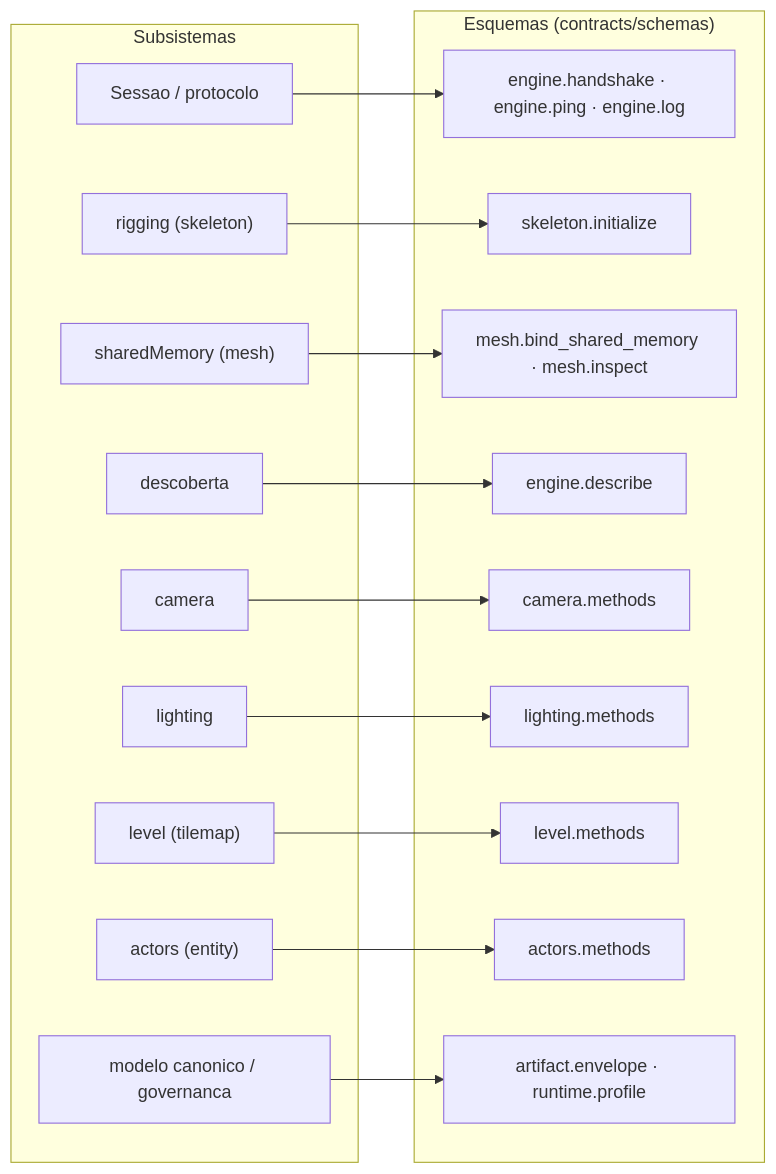
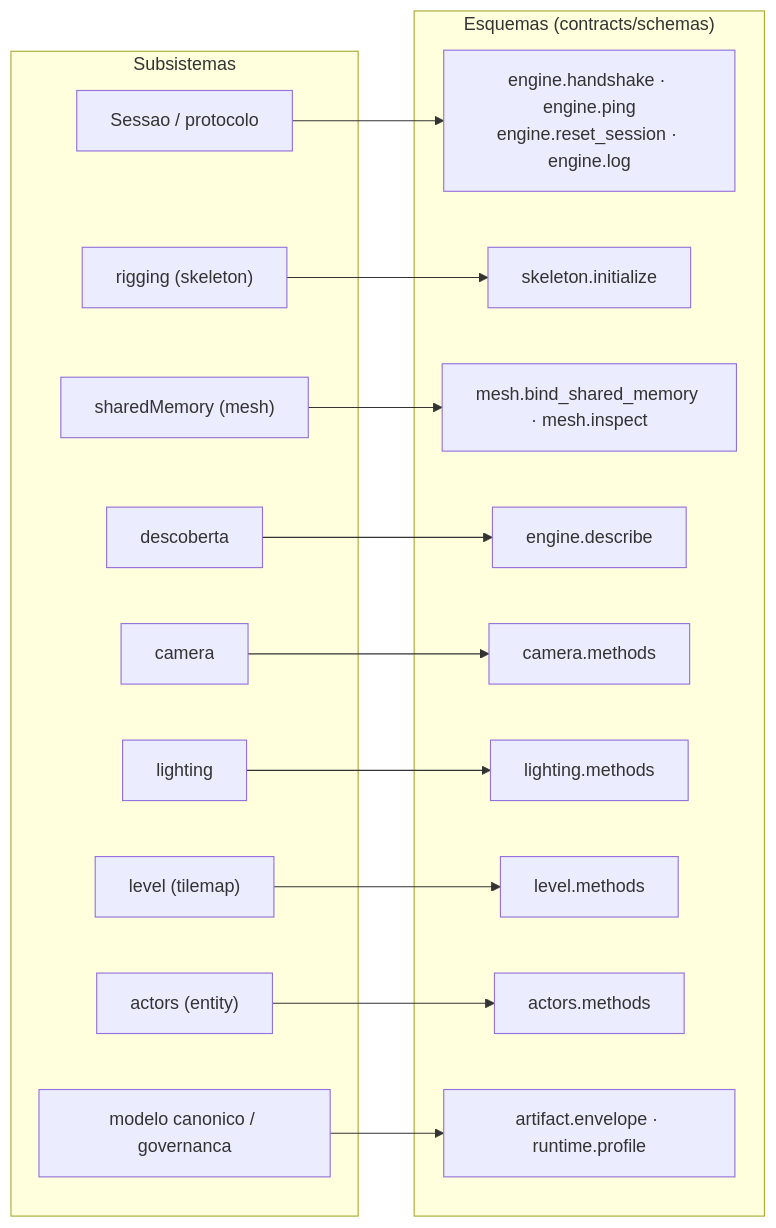
The third of 4 diagrams in contracts/README.md (flaviotinococoutinho/Gridsmith), drawn with Mermaid before and after one commit. The commit also changed other lines of this file and 68 other files, not shown here.

````diff
--- a/contracts/README.md
+++ b/contracts/README.md
@@ -80,34 +81,34 @@
 ```mermaid
 graph LR
   subgraph SUB["Subsistemas"]
     S1["Sessao / protocolo"]
     S2["rigging (skeleton)"]
     S3["sharedMemory (mesh)"]
     S4["descoberta"]
     S5["camera"]
     S6["lighting"]
     S7["level (tilemap)"]
     S8["actors (entity)"]
     S9["modelo canonico / governanca"]
   end
   subgraph SCH["Esquemas (contracts/schemas)"]
-    c1["engine.handshake · engine.ping · engine.log"]
+    c1["engine.handshake · engine.ping<br/>engine.reset_session · engine.log"]
     c2["skeleton.initialize"]
     c3["mesh.bind_shared_memory · mesh.inspect"]
     c4["engine.describe"]
     c5["camera.methods"]
     c6["lighting.methods"]
     c7["level.methods"]
     c8["actors.methods"]
     c9["artifact.envelope · runtime.profile"]
   end
   S1 --> c1
   S2 --> c2
   S3 --> c3
   S4 --> c4
   S5 --> c5
   S6 --> c6
   S7 --> c7
   S8 --> c8
   S9 --> c9
 ```
````
